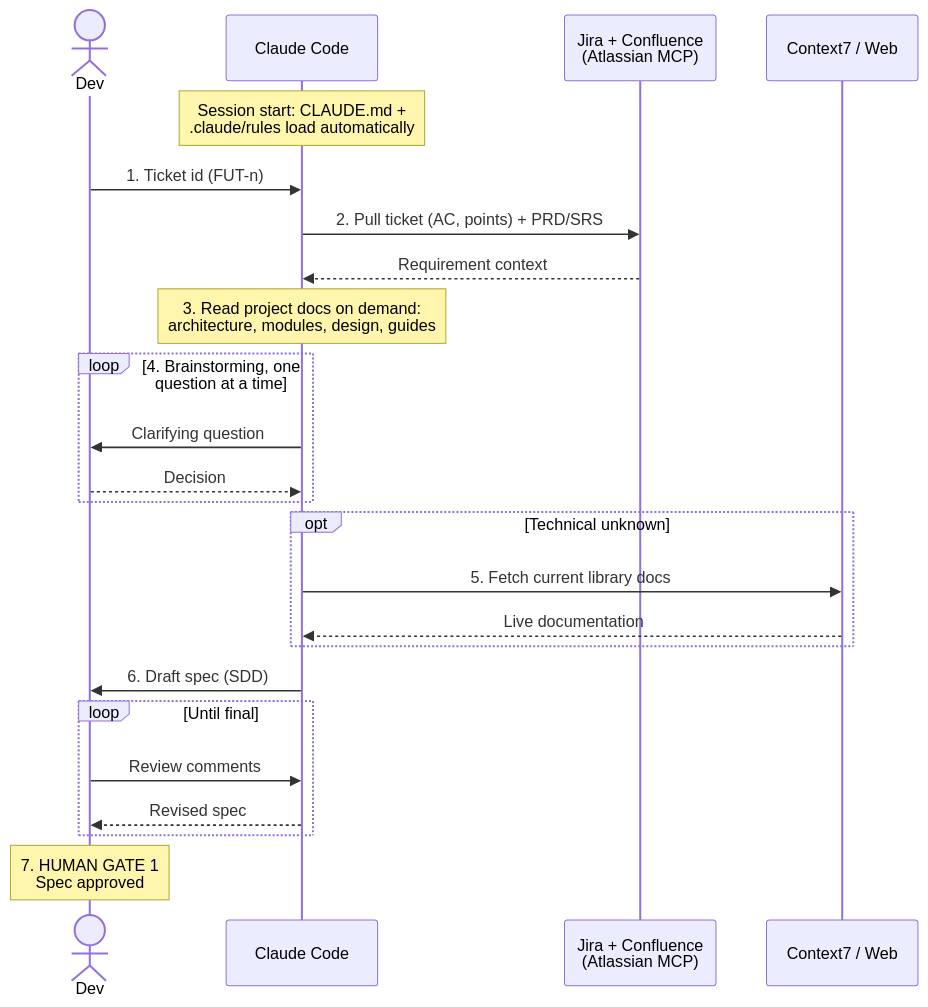
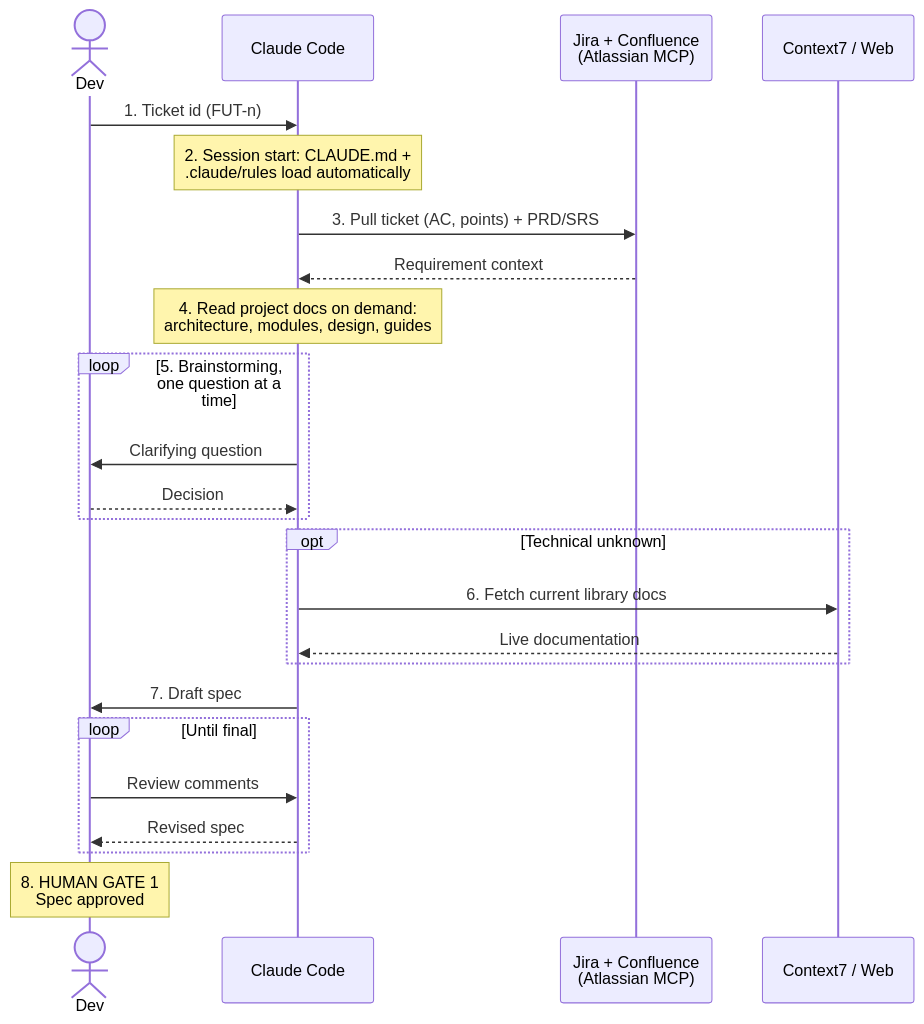
The second of 6 diagrams in docs/aidc-workflow-future.md (Seta-International/ai-sdlc-metrics), drawn with Mermaid before and after one commit. The commit also changed other lines of this file, not shown here.

Commit message:
docs: align actors and step numbers between phase tables and diagrams

````diff
--- a/docs/aidc-workflow-future.md
+++ b/docs/aidc-workflow-future.md
@@ -78,27 +78,27 @@
 ```mermaid
 sequenceDiagram
     actor Dev
     participant CC as Claude Code
     participant ATL as Jira + Confluence<br/>(Atlassian MCP)
     participant C7 as Context7 / Web
 
-    Note over CC: Session start: CLAUDE.md +<br/>.claude/rules load automatically
     Dev->>CC: 1. Ticket id (FUT-n)
-    CC->>ATL: 2. Pull ticket (AC, points) + PRD/SRS
+    Note over CC: 2. Session start: CLAUDE.md +<br/>.claude/rules load automatically
+    CC->>ATL: 3. Pull ticket (AC, points) + PRD/SRS
     ATL-->>CC: Requirement context
-    Note over CC: 3. Read project docs on demand:<br/>architecture, modules, design, guides
-    loop 4. Brainstorming, one question at a time
+    Note over CC: 4. Read project docs on demand:<br/>architecture, modules, design, guides
+    loop 5. Brainstorming, one question at a time
         CC->>Dev: Clarifying question
         Dev-->>CC: Decision
     end
     opt Technical unknown
-        CC->>C7: 5. Fetch current library docs
+        CC->>C7: 6. Fetch current library docs
         C7-->>CC: Live documentation
     end
-    CC->>Dev: 6. Draft spec (SDD)
+    CC->>Dev: 7. Draft spec
     loop Until final
         Dev->>CC: Review comments
         CC-->>Dev: Revised spec
     end
-    Note over Dev: 7. HUMAN GATE 1<br/>Spec approved
+    Note over Dev: 8. HUMAN GATE 1<br/>Spec approved
 ```
````
